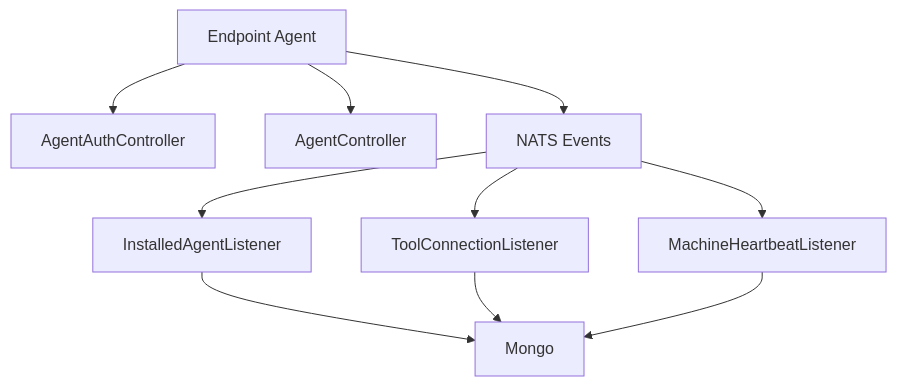
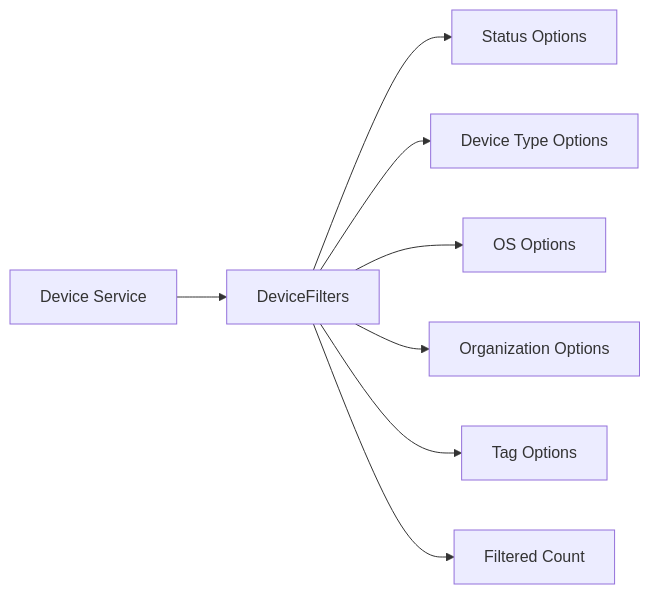
One commit to flamingo-stack/openframe-oss-lib changed the fifth of 7 diagrams in docs/reference/architecture/README.md. Above: the diagram before and after it, drawn with Mermaid. The commit also changed other lines of this file and 15 other files, not shown here.

Commit message:
docs: Stage 2 - Architecture analysis (3 files) [skip ci]

````diff
--- a/docs/reference/architecture/README.md
+++ b/docs/reference/architecture/README.md
@@ -176,14 +295,10 @@
 ```mermaid
-flowchart TD
-    Agent["Endpoint Agent"] --> Auth["AgentAuthController"]
-    Agent --> Register["AgentController"]
-    Agent --> NATS["NATS Events"]
-
-    NATS --> Installed["InstalledAgentListener"]
-    NATS --> ToolConn["ToolConnectionListener"]
-    NATS --> Heartbeat["MachineHeartbeatListener"]
-
-    Installed --> Mongo
-    ToolConn --> Mongo
-    Heartbeat --> Mongo
+flowchart LR
+    Service["Device Service"] --> DeviceFiltersNode["DeviceFilters"]
+    DeviceFiltersNode --> StatusOpts["Status Options"]
+    DeviceFiltersNode --> TypeOpts["Device Type Options"]
+    DeviceFiltersNode --> OSOpts["OS Options"]
+    DeviceFiltersNode --> OrgOpts["Organization Options"]
+    DeviceFiltersNode --> TagOpts["Tag Options"]
+    DeviceFiltersNode --> Count["Filtered Count"]
 ```
````
